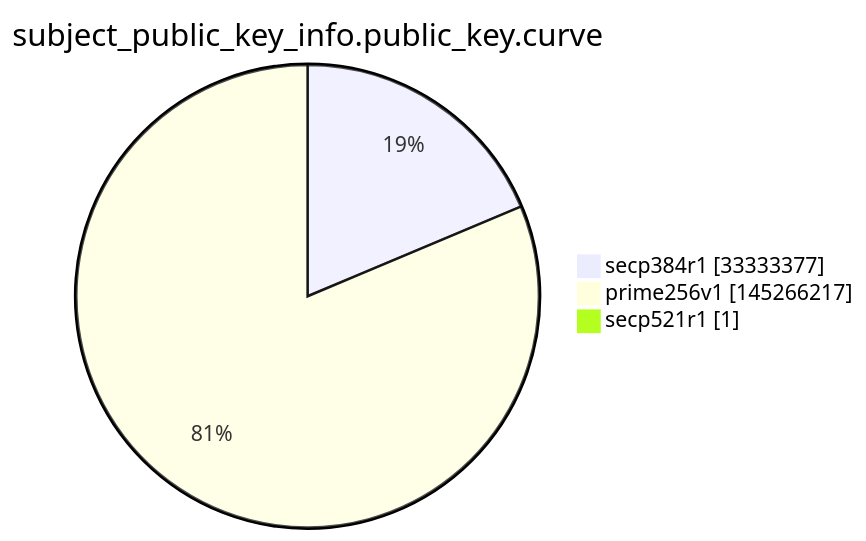
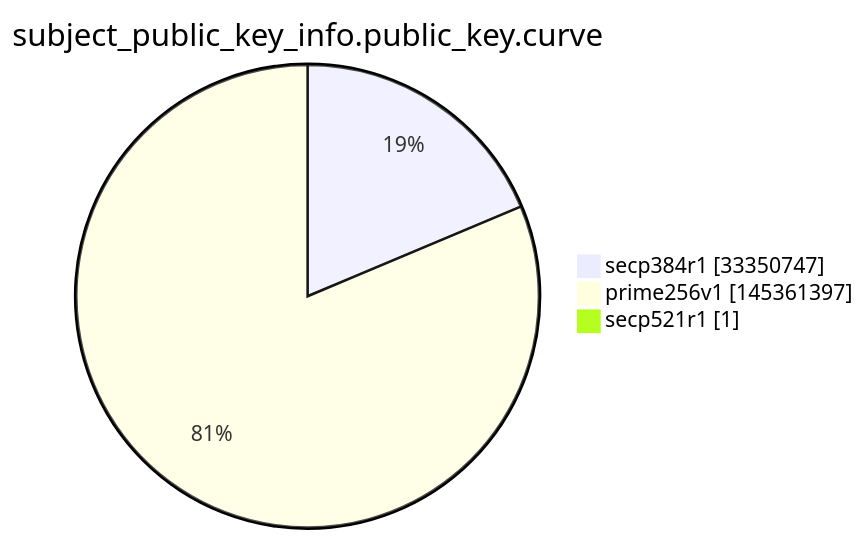
The ninth of 15 diagrams in argon2022/README.md (christiankrug/ctmonitor_visualization), drawn with Mermaid before and after one commit. The commit also changed other lines of this file, not shown here.

````diff
--- a/argon2022/README.md
+++ b/argon2022/README.md
@@ -2764,7 +2764,7 @@
 ```mermaid
 pie showData
 title subject_public_key_info.public_key.curve
-"secp384r1" :33333377
-"prime256v1" :145266217
+"secp384r1" :33350747
+"prime256v1" :145361397
 "secp521r1" :1
 ```
````
